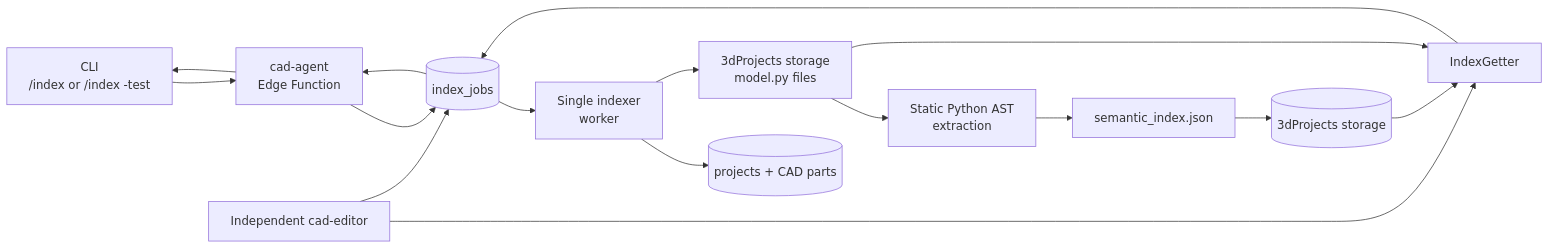
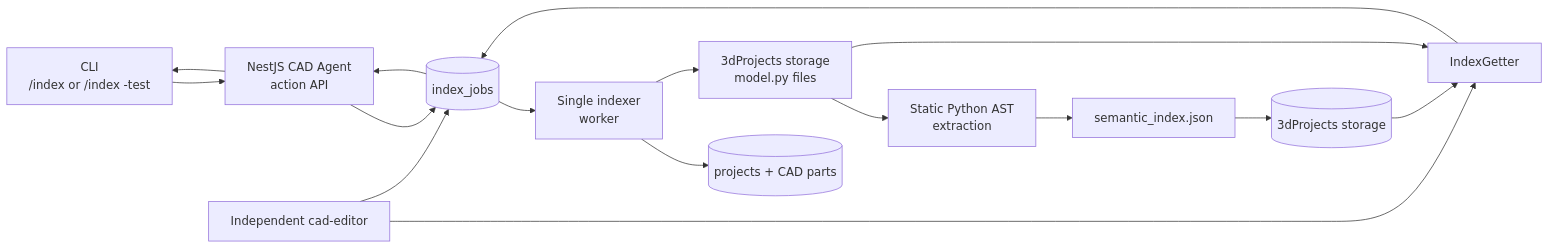
One commit to crebollarramirez/manifest_server changed the diagram in workers/indexer/README.md. Above: the diagram before and after it, drawn with Mermaid. The commit also changed other lines of this file and 47 other files, not shown here.

````diff
--- a/workers/indexer/README.md
+++ b/workers/indexer/README.md
@@ -42,18 +42,18 @@
 ```mermaid
 flowchart LR
-    CLI["CLI<br/>/index or /index -test"] --> Edge["cad-agent<br/>Edge Function"]
-    Edge --> Jobs[("index_jobs")]
+    CLI["CLI<br/>/index or /index -test"] --> Nest["NestJS CAD Agent<br/>action API"]
+    Nest --> Jobs[("index_jobs")]
     Jobs --> Worker["Single indexer<br/>worker"]
     Worker --> ProjectData[("projects + CAD parts")]
     Worker --> Source["3dProjects storage<br/>model.py files"]
     Source --> AST["Static Python AST<br/>extraction"]
     AST --> Index["semantic_index.json"]
     Index --> Storage[("3dProjects storage")]
     Storage --> Getter["IndexGetter"]
     Source --> Getter
     Editor["Independent cad-editor"] --> Getter
     Editor --> Jobs
     Getter --> Jobs
-    Jobs --> Edge
-    Edge --> CLI
+    Jobs --> Nest
+    Nest --> CLI
 ```
````
